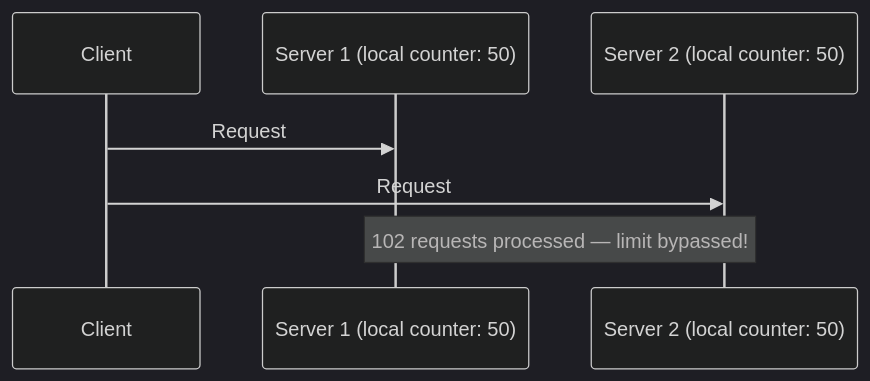
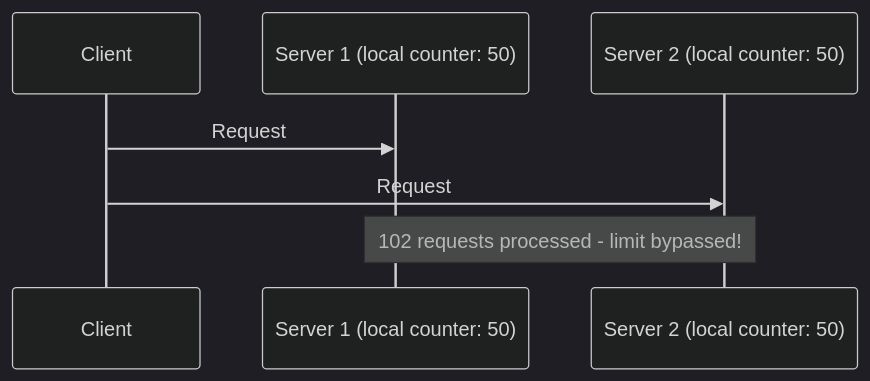
Before and after one commit to b-balakrishna/system-design: the sixth of 7 diagrams in phase-2-foundations/topic-17-rate-limiting.md, drawn with Mermaid (dark theme). The commit also changed other lines of this file and 165 other files, not shown here.

Commit message:
feat: add comprehensive system design documentation covering foundations, backend, frontend, distributed systems, and AI/ML architectures

````diff
--- a/phase-2-foundations/topic-17-rate-limiting.md
+++ b/phase-2-foundations/topic-17-rate-limiting.md
@@ -213,10 +213,10 @@
 ```mermaid
 sequenceDiagram
     participant C as Client
     participant S1 as Server 1 (local counter: 50)
     participant S2 as Server 2 (local counter: 50)
 
     C->>S1: Request #51 (S1 thinks: 51/100, allow)
-    C->>S2: Request #52 (S2 thinks: 51/100, allow — doesn't know about S1's counter)
-    Note over S1,S2: 102 requests processed — limit bypassed!
+    C->>S2: Request #52 (S2 thinks: 51/100, allow  -  doesn't know about S1's counter)
+    Note over S1,S2: 102 requests processed  -  limit bypassed!
 ```
````
